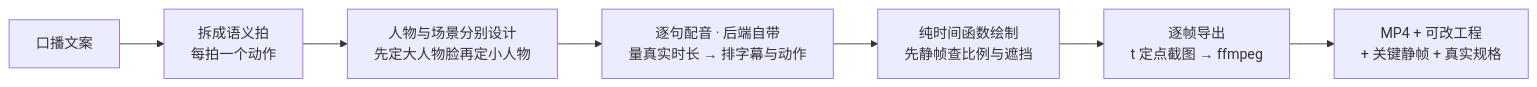
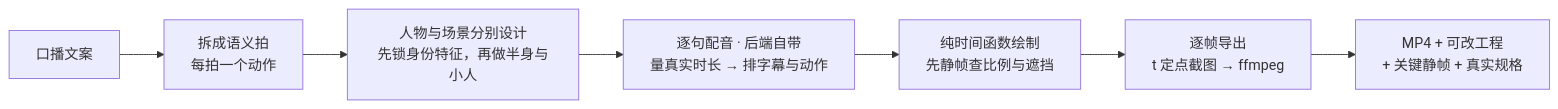
One commit to HRuiCcc/RuiC-pixel-explainer changed the diagram in README.md. Above: the diagram before and after it, drawn with Mermaid. The commit also changed other lines of this file and 18 other files, not shown here.

First line of the commit message:
同步 Codex 双路线技能更新：A 生图角色（imagegen-template + register_actor_sheet.py）/ B 代码角色（半身与 Q 版小人重绘），README 全面对齐

````diff
--- a/README.md
+++ b/README.md
@@ -109,9 +116,9 @@
 ```mermaid
 flowchart LR
   A[口播文案] --> B[拆成语义拍<br/>每拍一个动作]
-  B --> C[人物与场景分别设计<br/>先定大人物脸再定小人物]
+  B --> C[人物与场景分别设计<br/>先锁身份特征，再做半身与小人]
   C --> D[逐句配音 · 后端自带<br/>量真实时长 → 排字幕与动作]
   D --> E[纯时间函数绘制<br/>先静帧查比例与遮挡]
   E --> F[逐帧导出<br/>t 定点截图 → ffmpeg]
   F --> G[MP4 + 可改工程<br/>+ 关键静帧 + 真实规格]
 ```
````
